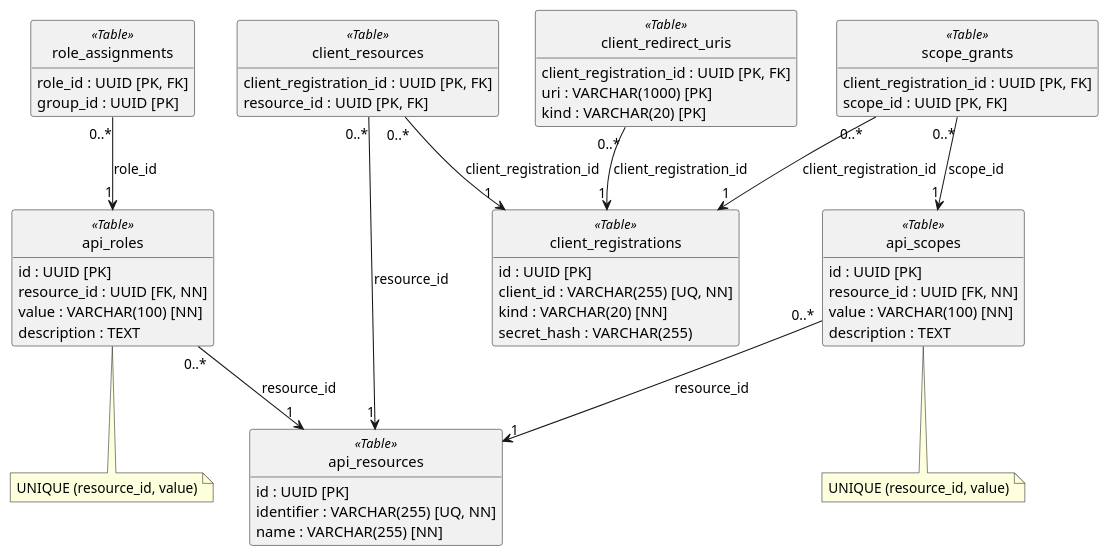
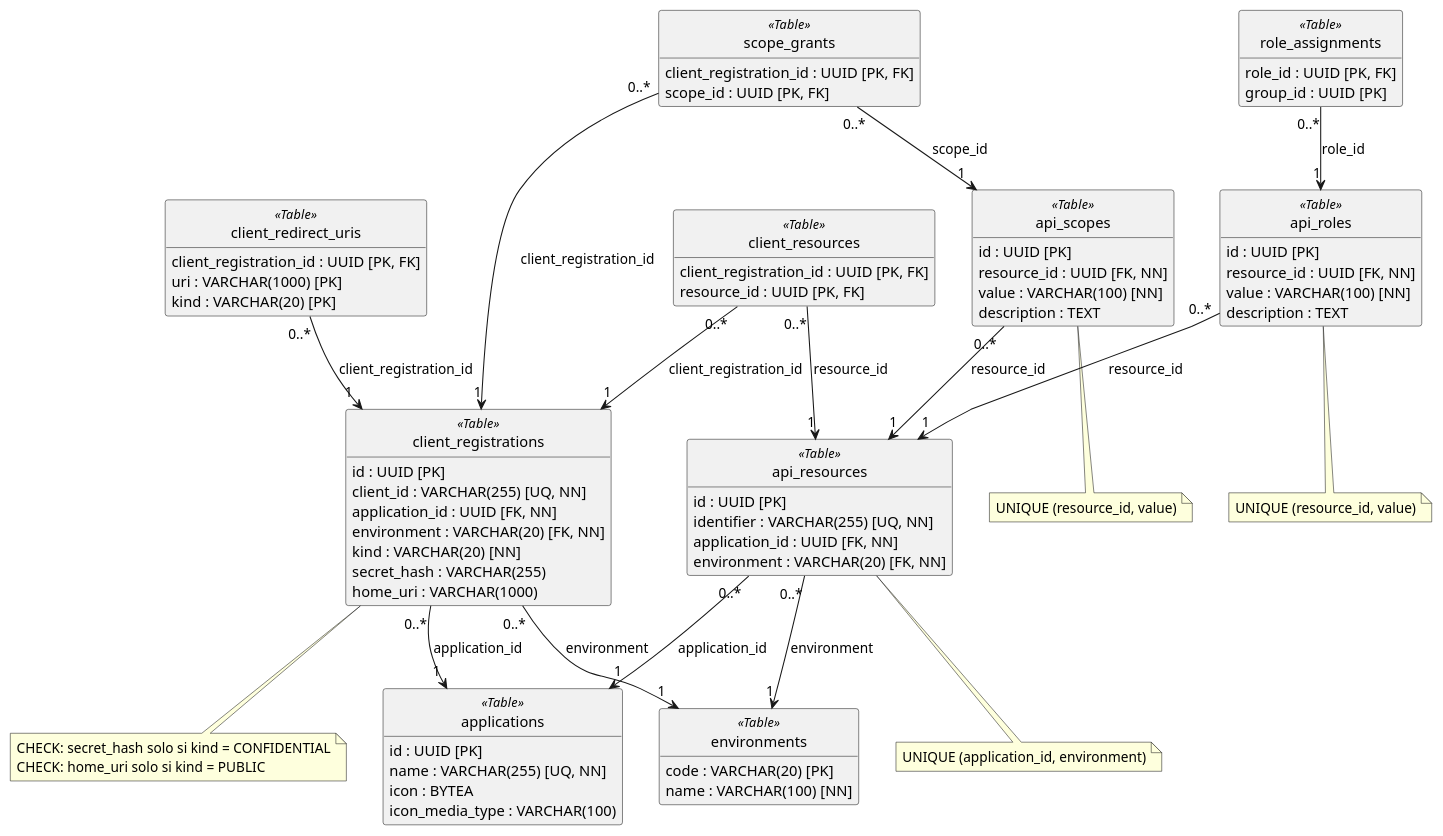
One commit to Soulware-Emergentes/report changed the diagram in diagrams/identityprovider/database.puml. Above: the diagram before and after it, drawn with PlantUML. The commit also changed 35 other files, not shown here.

Commit message:
docs: update diagrams and technical documentation to the current code

```diff
--- a/diagrams/identityprovider/database.puml
+++ b/diagrams/identityprovider/database.puml
@@ -1,70 +1,99 @@
 @startuml identityprovider-database
 skinparam classAttributeIconSize 0
 hide circle
 hide empty methods
 
+class applications <<Table>> {
+    {field} id : UUID [PK]
+    {field} name : VARCHAR(255) [UQ, NN]
+    {field} icon : BYTEA
+    {field} icon_media_type : VARCHAR(100)
+}
+
+class environments <<Table>> {
+    {field} code : VARCHAR(20) [PK]
+    {field} name : VARCHAR(100) [NN]
+}
+
 class api_resources <<Table>> {
     {field} id : UUID [PK]
     {field} identifier : VARCHAR(255) [UQ, NN]
-    {field} name : VARCHAR(255) [NN]
+    {field} application_id : UUID [FK, NN]
+    {field} environment : VARCHAR(20) [FK, NN]
 }
 
 class api_roles <<Table>> {
     {field} id : UUID [PK]
     {field} resource_id : UUID [FK, NN]
     {field} value : VARCHAR(100) [NN]
     {field} description : TEXT
 }
 
 class api_scopes <<Table>> {
     {field} id : UUID [PK]
     {field} resource_id : UUID [FK, NN]
     {field} value : VARCHAR(100) [NN]
     {field} description : TEXT
 }
 
 class client_registrations <<Table>> {
     {field} id : UUID [PK]
     {field} client_id : VARCHAR(255) [UQ, NN]
+    {field} application_id : UUID [FK, NN]
+    {field} environment : VARCHAR(20) [FK, NN]
     {field} kind : VARCHAR(20) [NN]
     {field} secret_hash : VARCHAR(255)
+    {field} home_uri : VARCHAR(1000)
 }
 
 class client_redirect_uris <<Table>> {
     {field} client_registration_id : UUID [PK, FK]
     {field} uri : VARCHAR(1000) [PK]
     {field} kind : VARCHAR(20) [PK]
 }
 
 class client_resources <<Table>> {
     {field} client_registration_id : UUID [PK, FK]
     {field} resource_id : UUID [PK, FK]
 }
 
 class role_assignments <<Table>> {
     {field} role_id : UUID [PK, FK]
     {field} group_id : UUID [PK]
 }
 
 class scope_grants <<Table>> {
     {field} client_registration_id : UUID [PK, FK]
     {field} scope_id : UUID [PK, FK]
 }
 
+note bottom of api_resources
+    UNIQUE (application_id, environment)
+end note
+
+note bottom of client_registrations
+    CHECK: secret_hash solo si kind = CONFIDENTIAL
+    CHECK: home_uri solo si kind = PUBLIC
+end note
+
 note bottom of api_roles
     UNIQUE (resource_id, value)
 end note
 
 note bottom of api_scopes
     UNIQUE (resource_id, value)
 end note
 
+api_resources "0..*" --> "1" applications : application_id
+api_resources "0..*" --> "1" environments : environment
+client_registrations "0..*" --> "1" applications : application_id
+client_registrations "0..*" --> "1" environments : environment
 api_roles "0..*" --> "1" api_resources : resource_id
 api_scopes "0..*" --> "1" api_resources : resource_id
 client_redirect_uris "0..*" --> "1" client_registrations : client_registration_id
 client_resources "0..*" --> "1" client_registrations : client_registration_id
 client_resources "0..*" --> "1" api_resources : resource_id
 role_assignments "0..*" --> "1" api_roles : role_id
 scope_grants "0..*" --> "1" client_registrations : client_registration_id
 scope_grants "0..*" --> "1" api_scopes : scope_id
 @enduml
```
